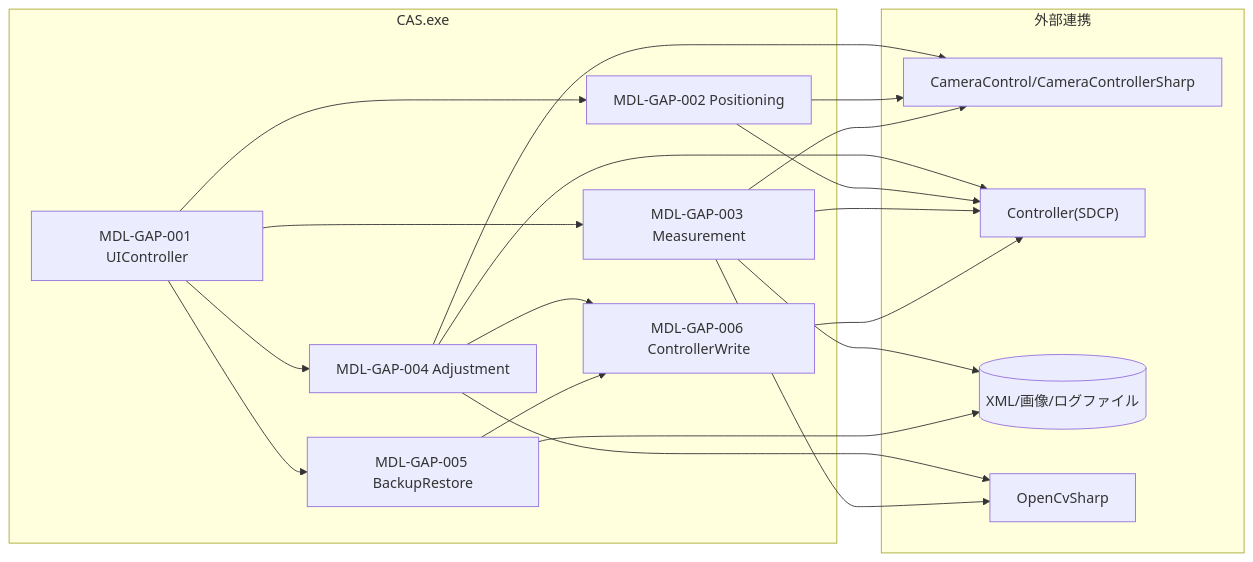
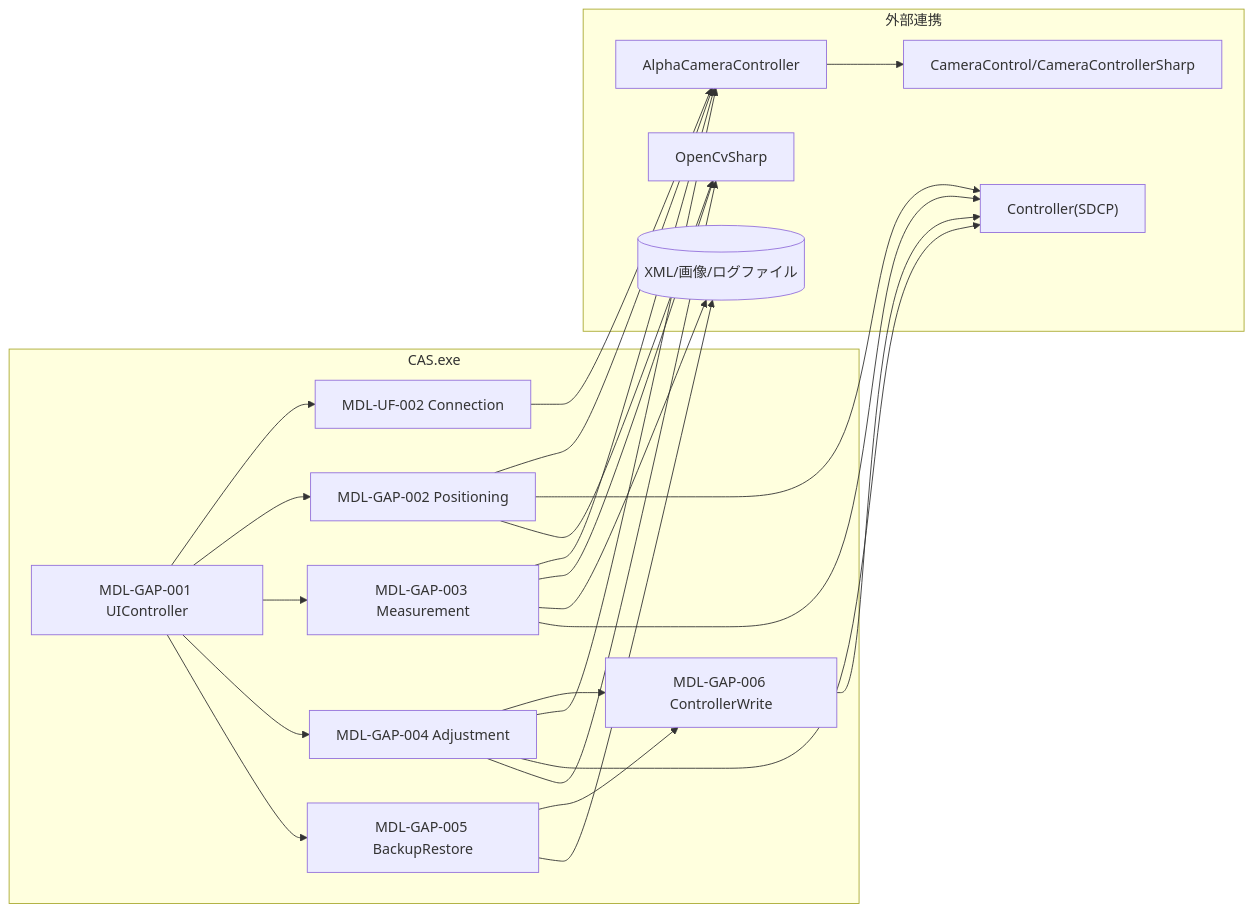
The diagram in docs/GapCamera_詳細設計書/02_モジュール配置図.md (HottaTakayuki/ColorAlignmentSoftware), drawn with Mermaid before and after one commit. The commit also changed other lines of this file and 13 other files, not shown here.

````diff
--- a/docs/GapCamera_詳細設計書/02_モジュール配置図.md
+++ b/docs/GapCamera_詳細設計書/02_モジュール配置図.md
@@ -5,36 +5,42 @@
 ```mermaid
 flowchart LR
 	subgraph CAS["CAS.exe"]
 		UI["MDL-GAP-001 UIController"]
+        CON["MDL-UF-002 Connection"]
 		POS["MDL-GAP-002 Positioning"]
 		MEAS["MDL-GAP-003 Measurement"]
 		ADJ["MDL-GAP-004 Adjustment"]
 		BAK["MDL-GAP-005 BackupRestore"]
 		WRT["MDL-GAP-006 ControllerWrite"]
 	end
 
 	subgraph External["外部連携"]
 		CAM["CameraControl/CameraControllerSharp"]
+        ACC["AlphaCameraController"]
 		CTRL["Controller(SDCP)"]
 		FS[("XML/画像/ログファイル")]
 		CV["OpenCvSharp"]
 	end
 
+	UI --> CON
 	UI --> POS
 	UI --> MEAS
 	UI --> ADJ
 	UI --> BAK
+    CON --> ACC
 	ADJ --> WRT
-	ADJ --> CAM
+	ADJ --> ACC
 	ADJ --> CTRL
 	ADJ --> CV
 	BAK --> WRT
-	POS --> CAM
+	POS --> ACC
 	POS --> CTRL
-	MEAS --> CAM
+	POS --> CV
+	MEAS --> ACC
 	MEAS --> CV
 	MEAS --> FS
 	MEAS --> CTRL
 	BAK --> FS
 	WRT --> CTRL
+	ACC --> CAM
 ```
````
